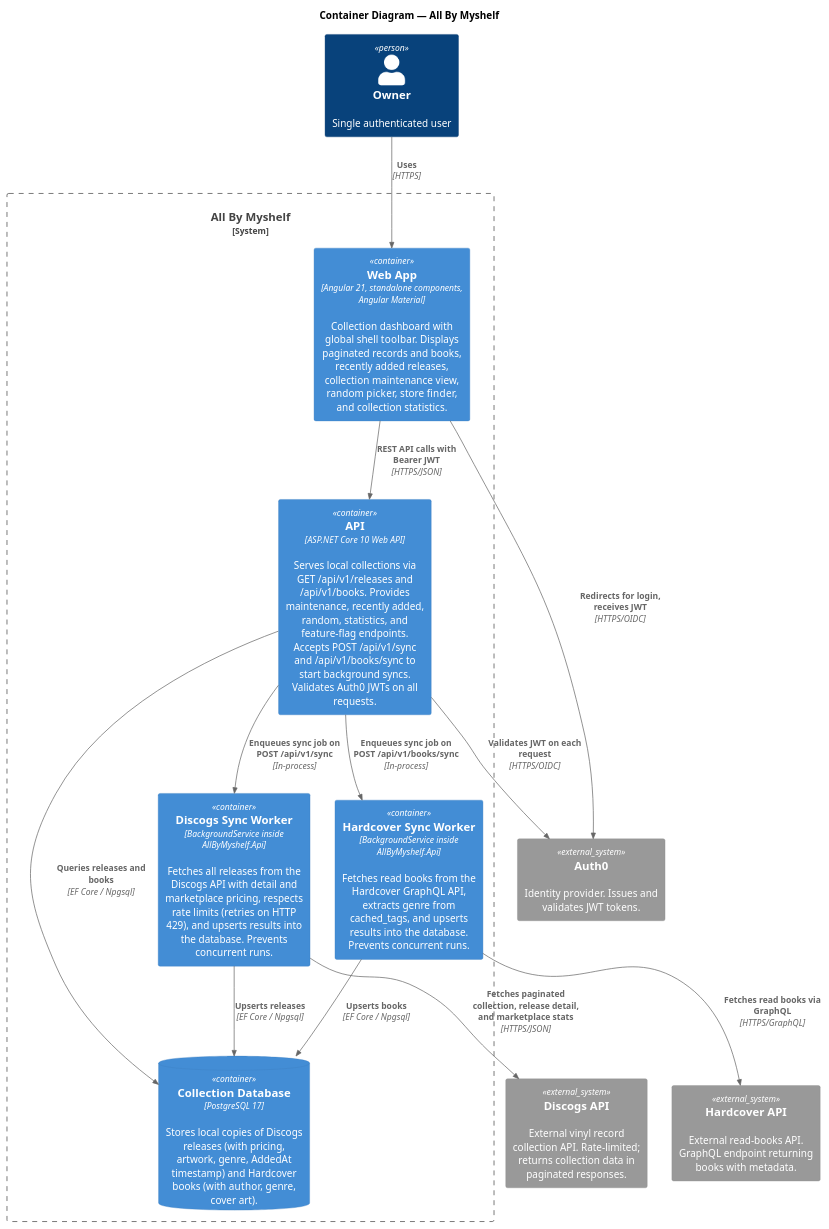
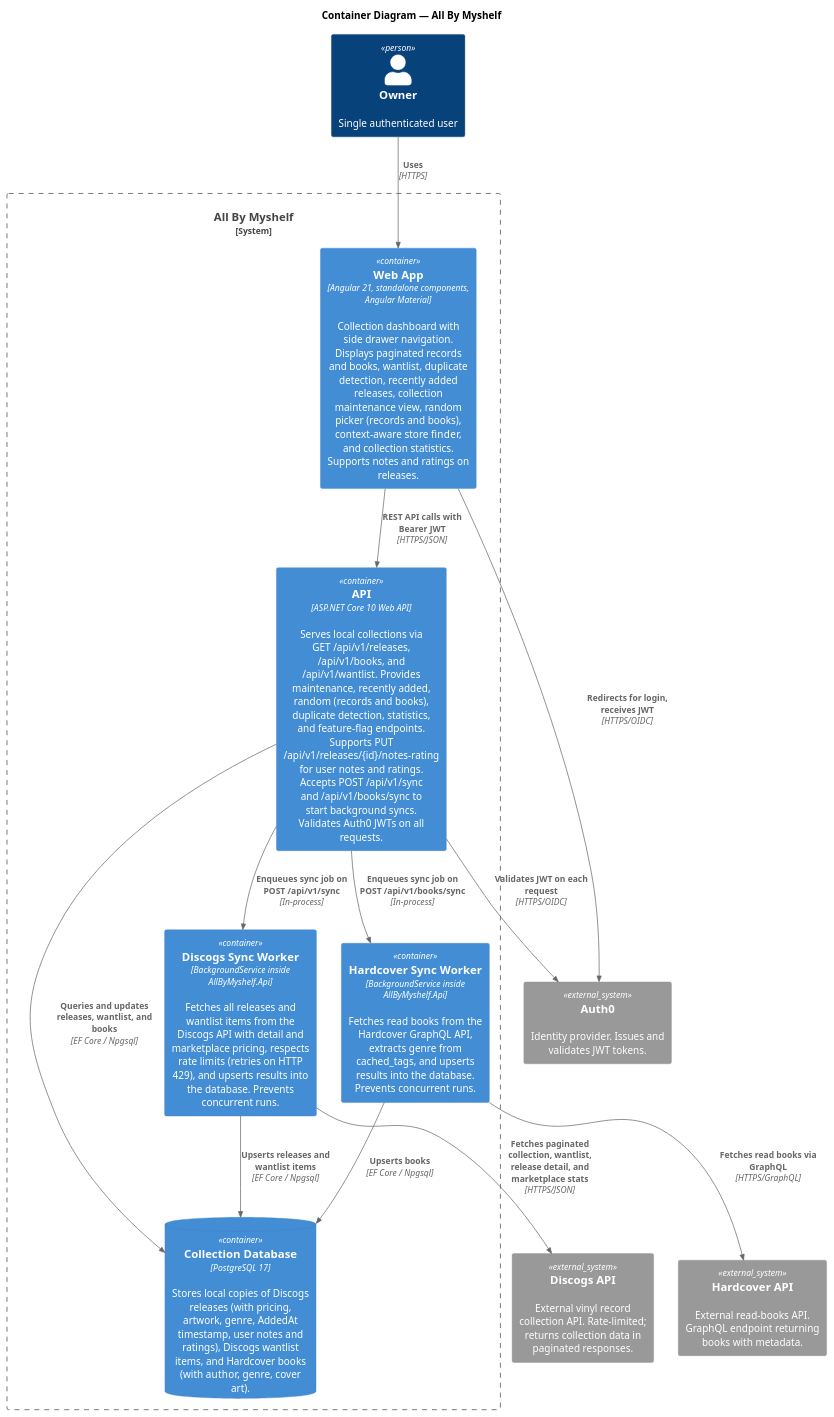
Before and after one commit to ronlease/All-By-Myshelf: the diagram in docs/c4/container.puml, drawn with PlantUML. The commit also changed 70 other files, not shown here.

```diff
--- a/docs/c4/container.puml
+++ b/docs/c4/container.puml
@@ -1,36 +1,36 @@
 @startuml
 !include https://raw.githubusercontent.com/plantuml-stdlib/C4-PlantUML/master/C4_Container.puml
 
 title Container Diagram — All By Myshelf
 
 Person(user, "Owner", "Single authenticated user")
 
 System_Ext(auth0, "Auth0", "Identity provider. Issues and validates JWT tokens.")
 System_Ext(discogs, "Discogs API", "External vinyl record collection API. Rate-limited; returns collection data in paginated responses.")
 System_Ext(hardcover, "Hardcover API", "External read-books API. GraphQL endpoint returning books with metadata.")
 
 System_Boundary(app, "All By Myshelf") {
-    Container(web, "Web App", "Angular 21, standalone components, Angular Material", "Collection dashboard with global shell toolbar. Displays paginated records and books, recently added releases, collection maintenance view, random picker, store finder, and collection statistics.")
+    Container(web, "Web App", "Angular 21, standalone components, Angular Material", "Collection dashboard with side drawer navigation. Displays paginated records and books, wantlist, duplicate detection, recently added releases, collection maintenance view, random picker (records and books), context-aware store finder, and collection statistics. Supports notes and ratings on releases.")
 
-    Container(api, "API", "ASP.NET Core 10 Web API", "Serves local collections via GET /api/v1/releases and /api/v1/books. Provides maintenance, recently added, random, statistics, and feature-flag endpoints. Accepts POST /api/v1/sync and /api/v1/books/sync to start background syncs. Validates Auth0 JWTs on all requests.")
+    Container(api, "API", "ASP.NET Core 10 Web API", "Serves local collections via GET /api/v1/releases, /api/v1/books, and /api/v1/wantlist. Provides maintenance, recently added, random (records and books), duplicate detection, statistics, and feature-flag endpoints. Supports PUT /api/v1/releases/{id}/notes-rating for user notes and ratings. Accepts POST /api/v1/sync and /api/v1/books/sync to start background syncs. Validates Auth0 JWTs on all requests.")
 
-    Container(discogsSyncWorker, "Discogs Sync Worker", "BackgroundService inside AllByMyshelf.Api", "Fetches all releases from the Discogs API with detail and marketplace pricing, respects rate limits (retries on HTTP 429), and upserts results into the database. Prevents concurrent runs.")
+    Container(discogsSyncWorker, "Discogs Sync Worker", "BackgroundService inside AllByMyshelf.Api", "Fetches all releases and wantlist items from the Discogs API with detail and marketplace pricing, respects rate limits (retries on HTTP 429), and upserts results into the database. Prevents concurrent runs.")
 
     Container(hardcoverSyncWorker, "Hardcover Sync Worker", "BackgroundService inside AllByMyshelf.Api", "Fetches read books from the Hardcover GraphQL API, extracts genre from cached_tags, and upserts results into the database. Prevents concurrent runs.")
 
-    ContainerDb(db, "Collection Database", "PostgreSQL 17", "Stores local copies of Discogs releases (with pricing, artwork, genre, AddedAt timestamp) and Hardcover books (with author, genre, cover art).")
+    ContainerDb(db, "Collection Database", "PostgreSQL 17", "Stores local copies of Discogs releases (with pricing, artwork, genre, AddedAt timestamp, user notes and ratings), Discogs wantlist items, and Hardcover books (with author, genre, cover art).")
 }
 
 Rel(user, web, "Uses", "HTTPS")
 Rel(web, auth0, "Redirects for login, receives JWT", "HTTPS/OIDC")
 Rel(web, api, "REST API calls with Bearer JWT", "HTTPS/JSON")
 Rel(api, auth0, "Validates JWT on each request", "HTTPS/OIDC")
 Rel(api, discogsSyncWorker, "Enqueues sync job on POST /api/v1/sync", "In-process")
 Rel(api, hardcoverSyncWorker, "Enqueues sync job on POST /api/v1/books/sync", "In-process")
-Rel(discogsSyncWorker, discogs, "Fetches paginated collection, release detail, and marketplace stats", "HTTPS/JSON")
+Rel(discogsSyncWorker, discogs, "Fetches paginated collection, wantlist, release detail, and marketplace stats", "HTTPS/JSON")
 Rel(hardcoverSyncWorker, hardcover, "Fetches read books via GraphQL", "HTTPS/GraphQL")
-Rel(discogsSyncWorker, db, "Upserts releases", "EF Core / Npgsql")
+Rel(discogsSyncWorker, db, "Upserts releases and wantlist items", "EF Core / Npgsql")
 Rel(hardcoverSyncWorker, db, "Upserts books", "EF Core / Npgsql")
-Rel(api, db, "Queries releases and books", "EF Core / Npgsql")
+Rel(api, db, "Queries and updates releases, wantlist, and books", "EF Core / Npgsql")
 
 @enduml
```
